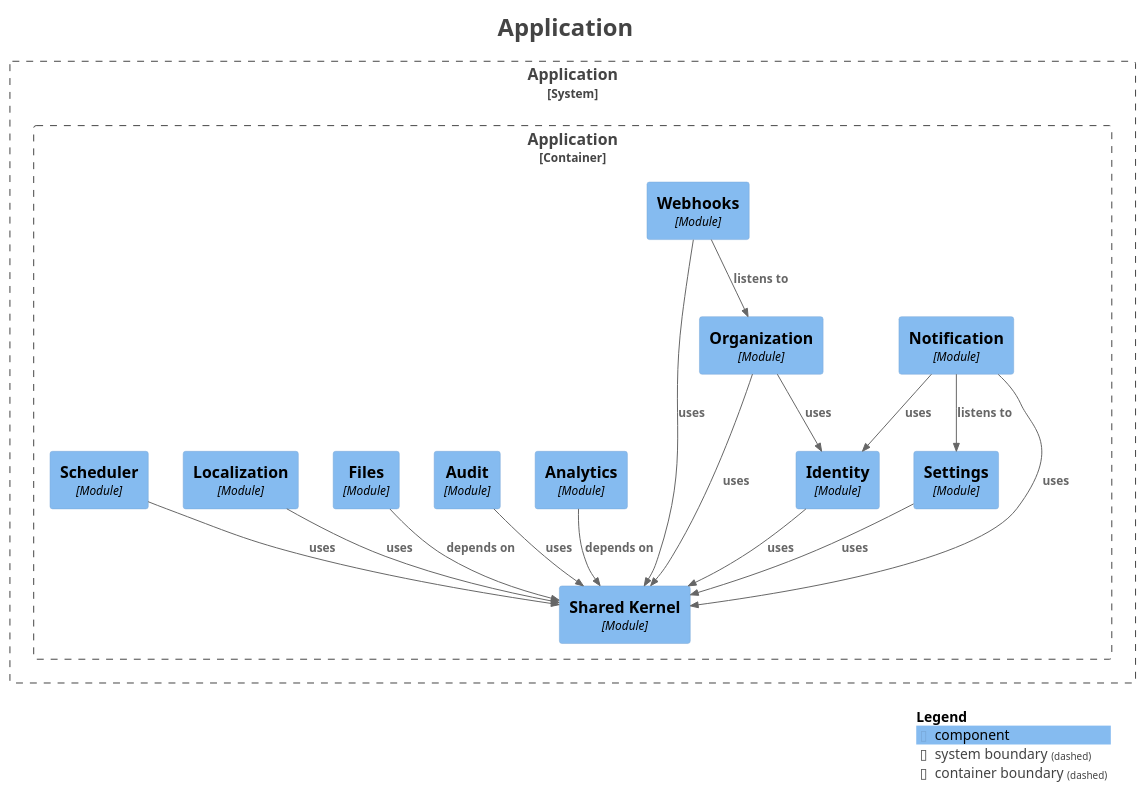
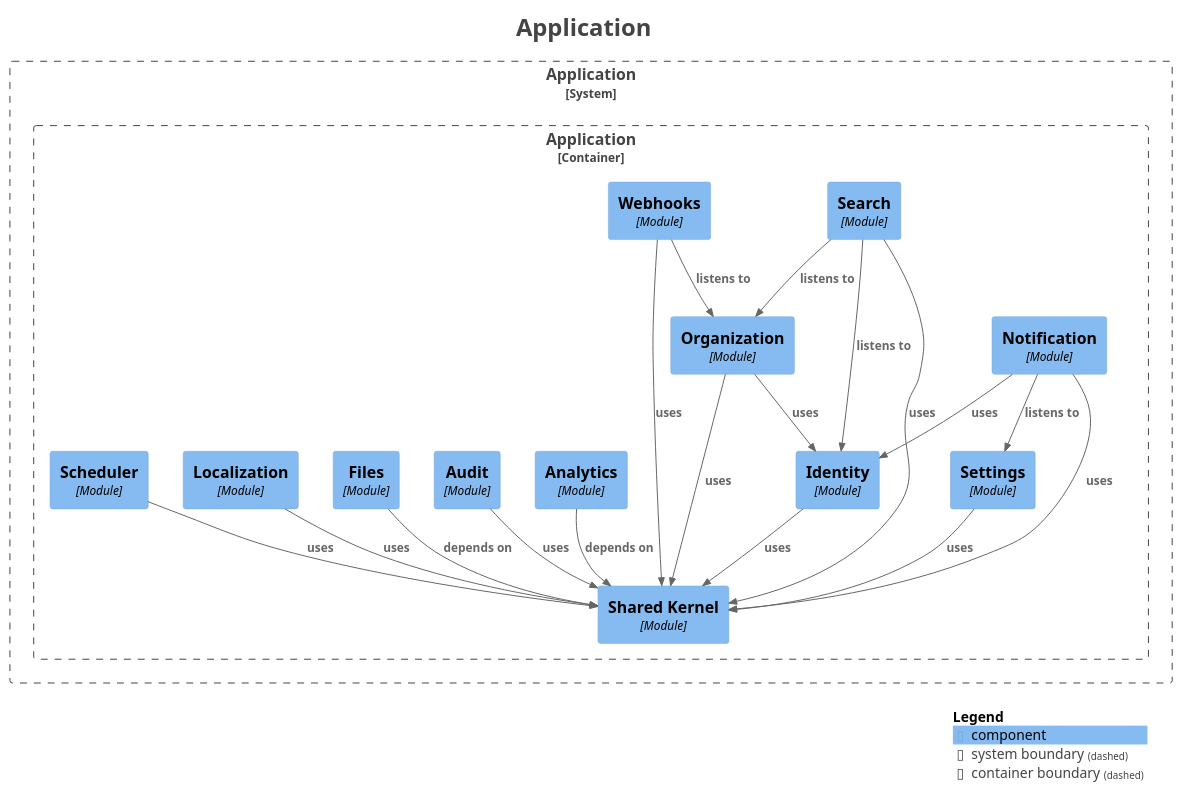
One commit to Paul-Ayesiga/enterprise-modulith-template changed the diagram in docs/modulith/components.puml. Above: the diagram before and after it, drawn with PlantUML. The commit also changed 27 other files, not shown here.

First line of the commit message:
feat(search): Postgres FTS module with a measured speed gate (V22)

```diff
--- a/docs/modulith/components.puml
+++ b/docs/modulith/components.puml
@@ -1,52 +1,56 @@
 @startuml
 title <size:24>Application</size>
 
 set separator none
 top to bottom direction
 
 <style>
   root {
     BackgroundColor: #ffffff
     FontColor: #444444
   }
 </style>
 
 !include <C4/C4>
 !include <C4/C4_Context>
 !include <C4/C4_Component>
 
 System_Boundary("Application_boundary", "Application", $tags="") {
   Container_Boundary("Application.Application_boundary", "Application", $tags="") {
     Component(Application.Application.Settings, "Settings", $techn="Module", $descr="", $tags="", $link="")
     Component(Application.Application.Notification, "Notification", $techn="Module", $descr="", $tags="", $link="")
     Component(Application.Application.Organization, "Organization", $techn="Module", $descr="", $tags="", $link="")
+    Component(Application.Application.Search, "Search", $techn="Module", $descr="", $tags="", $link="")
     Component(Application.Application.Webhooks, "Webhooks", $techn="Module", $descr="", $tags="", $link="")
     Component(Application.Application.SharedKernel, "Shared Kernel", $techn="Module", $descr="", $tags="", $link="")
     Component(Application.Application.Analytics, "Analytics", $techn="Module", $descr="", $tags="", $link="")
     Component(Application.Application.Audit, "Audit", $techn="Module", $descr="", $tags="", $link="")
     Component(Application.Application.Files, "Files", $techn="Module", $descr="", $tags="", $link="")
     Component(Application.Application.Identity, "Identity", $techn="Module", $descr="", $tags="", $link="")
     Component(Application.Application.Localization, "Localization", $techn="Module", $descr="", $tags="", $link="")
     Component(Application.Application.Scheduler, "Scheduler", $techn="Module", $descr="", $tags="", $link="")
   }
 
 }
 
+Rel(Application.Application.Localization, Application.Application.SharedKernel, "uses", $techn="", $tags="", $link="")
+Rel(Application.Application.Organization, Application.Application.Identity, "uses", $techn="", $tags="", $link="")
+Rel(Application.Application.Organization, Application.Application.SharedKernel, "uses", $techn="", $tags="", $link="")
 Rel(Application.Application.Scheduler, Application.Application.SharedKernel, "uses", $techn="", $tags="", $link="")
+Rel(Application.Application.Audit, Application.Application.SharedKernel, "uses", $techn="", $tags="", $link="")
+Rel(Application.Application.Search, Application.Application.Identity, "listens to", $techn="", $tags="", $link="")
+Rel(Application.Application.Search, Application.Application.Organization, "listens to", $techn="", $tags="", $link="")
+Rel(Application.Application.Search, Application.Application.SharedKernel, "uses", $techn="", $tags="", $link="")
+Rel(Application.Application.Identity, Application.Application.SharedKernel, "uses", $techn="", $tags="", $link="")
 Rel(Application.Application.Notification, Application.Application.Settings, "listens to", $techn="", $tags="", $link="")
 Rel(Application.Application.Notification, Application.Application.SharedKernel, "uses", $techn="", $tags="", $link="")
 Rel(Application.Application.Notification, Application.Application.Identity, "uses", $techn="", $tags="", $link="")
-Rel(Application.Application.Analytics, Application.Application.SharedKernel, "depends on", $techn="", $tags="", $link="")
-Rel(Application.Application.Audit, Application.Application.SharedKernel, "uses", $techn="", $tags="", $link="")
-Rel(Application.Application.Files, Application.Application.SharedKernel, "depends on", $techn="", $tags="", $link="")
-Rel(Application.Application.Localization, Application.Application.SharedKernel, "uses", $techn="", $tags="", $link="")
-Rel(Application.Application.Identity, Application.Application.SharedKernel, "uses", $techn="", $tags="", $link="")
-Rel(Application.Application.Settings, Application.Application.SharedKernel, "uses", $techn="", $tags="", $link="")
-Rel(Application.Application.Organization, Application.Application.Identity, "uses", $techn="", $tags="", $link="")
-Rel(Application.Application.Organization, Application.Application.SharedKernel, "uses", $techn="", $tags="", $link="")
 Rel(Application.Application.Webhooks, Application.Application.Organization, "listens to", $techn="", $tags="", $link="")
 Rel(Application.Application.Webhooks, Application.Application.SharedKernel, "uses", $techn="", $tags="", $link="")
+Rel(Application.Application.Analytics, Application.Application.SharedKernel, "depends on", $techn="", $tags="", $link="")
+Rel(Application.Application.Settings, Application.Application.SharedKernel, "uses", $techn="", $tags="", $link="")
+Rel(Application.Application.Files, Application.Application.SharedKernel, "depends on", $techn="", $tags="", $link="")
 
 SHOW_LEGEND(true)
 hide stereotypes
 @enduml
```
